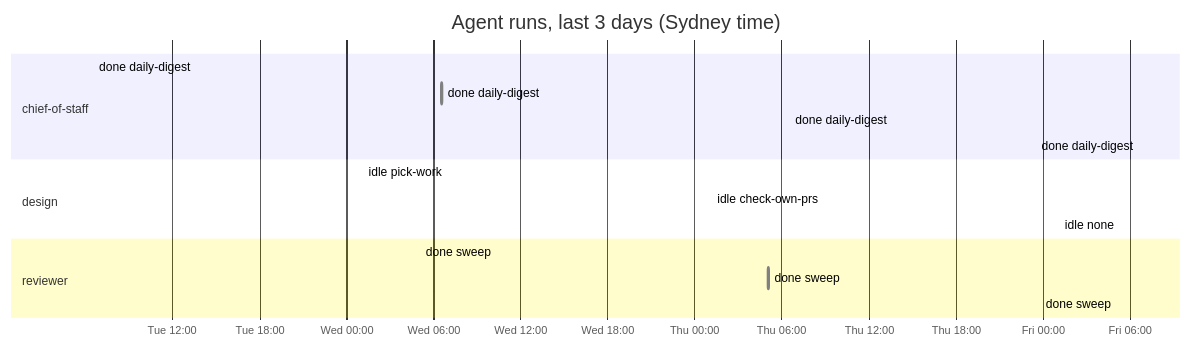
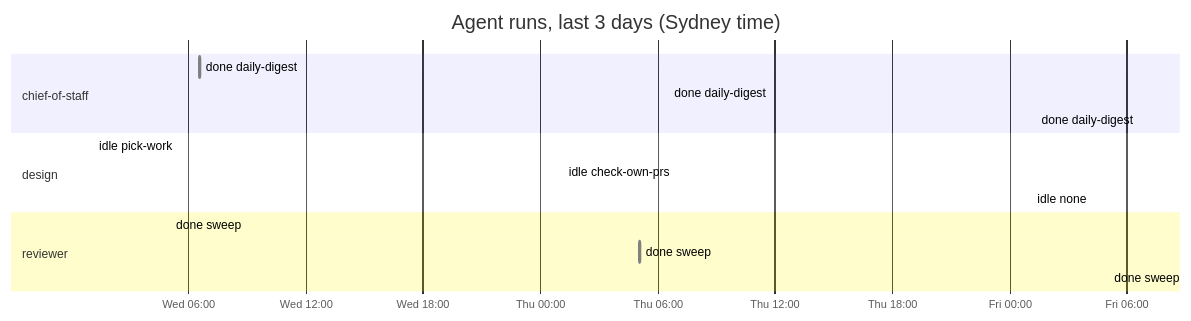
Before and after one commit to roulmediateam-byte/fifteen-expert-hq: the diagram in dashboard.md, drawn with Mermaid. The commit also changed other lines of this file and 1 other file, not shown here.

````diff
--- a/dashboard.md
+++ b/dashboard.md
@@ -55,19 +55,18 @@
 ```mermaid
 gantt
     title Agent runs, last 3 days (Sydney time)
     dateFormat YYYY-MM-DD HH:mm
     axisFormat %a %H:%M
     section chief-of-staff
-    done daily-digest :done, 2026-11-24 06:35, 2026-11-24 06:37
     done daily-digest :done, 2026-11-25 06:34, 2026-11-25 06:35
     done daily-digest :done, 2026-11-26 06:35, 2026-11-26 06:36
     done daily-digest :done, 2026-11-27 06:35, 2026-11-27 06:36
     section design
     idle pick-work :done, 2026-11-25 01:09, 2026-11-25 01:09
     idle check-own-prs :done, 2026-11-26 01:09, 2026-11-26 01:09
     idle none :done, 2026-11-27 01:08, 2026-11-27 01:09
     section reviewer
     done sweep :done, 2026-11-25 05:04, 2026-11-25 05:05
     done sweep :done, 2026-11-26 05:05, 2026-11-26 05:06
     done sweep :done, 2026-11-27 05:05, 2026-11-27 05:06
 ```
````
